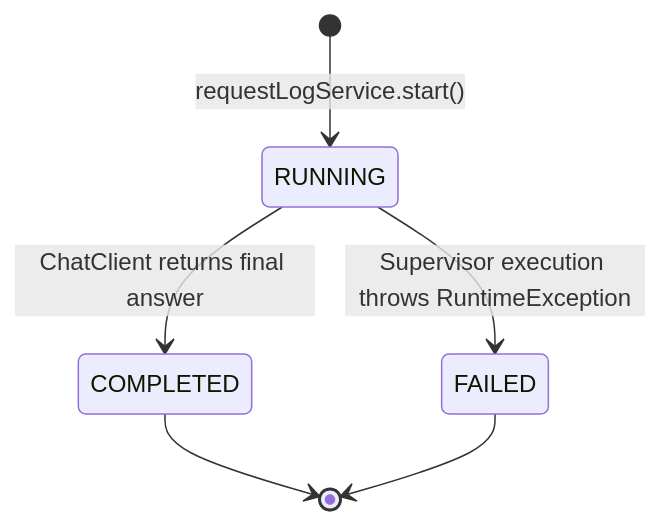
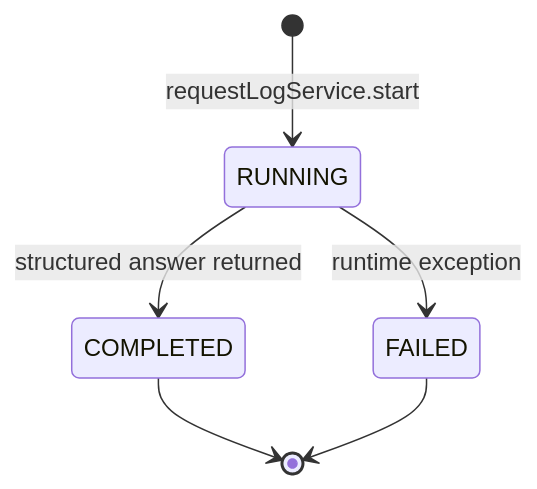
Before and after one commit to Chuan1130/invoice-agent-system: the fourth of 9 diagrams in README.md, drawn with Mermaid. The commit also changed other lines of this file and 1 other file, not shown here.

Commit message:
docs: visualize Agent Runtime v1.0 and runtime guards

````diff
--- a/README.md
+++ b/README.md
@@ -241,10 +228,8 @@
 ```mermaid
 stateDiagram-v2
-    [*] --> RUNNING: requestLogService.start()
-
-    RUNNING --> COMPLETED: ChatClient returns final answer
-    RUNNING --> FAILED: Supervisor execution throws RuntimeException
-
+    [*] --> RUNNING: requestLogService.start
+    RUNNING --> COMPLETED: structured answer returned
+    RUNNING --> FAILED: runtime exception
     COMPLETED --> [*]
     FAILED --> [*]
 ```
````
